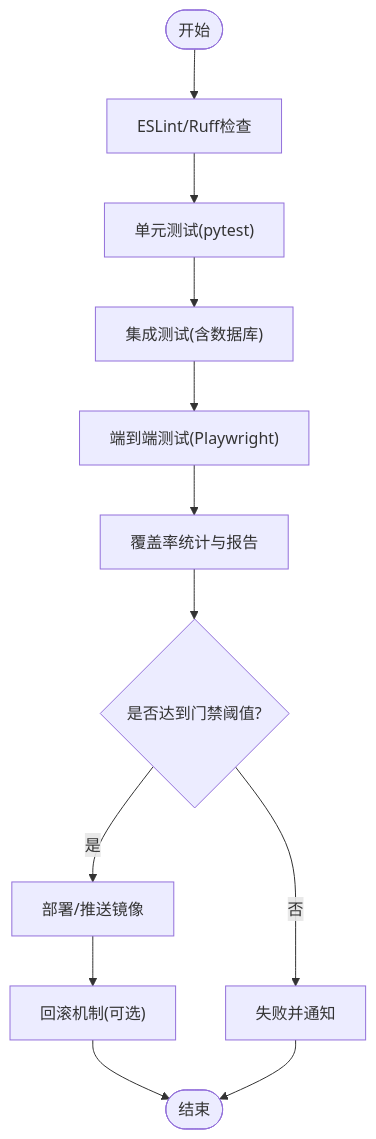
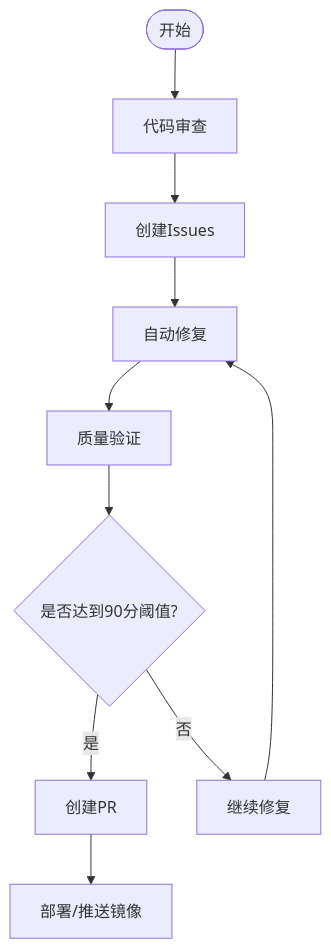
The fourth of 4 diagrams in .qoder/repowiki/zh/content/部署与运维/CI_CD持续集成流水线.md (xfbyxq/ai-novel-system), drawn with Mermaid before and after one commit. The commit also changed other lines of this file and 8 other files, not shown here.

````diff
--- a/.qoder/repowiki/zh/content/部署与运维/CI_CD持续集成流水线.md
+++ b/.qoder/repowiki/zh/content/部署与运维/CI_CD持续集成流水线.md
@@ -311,14 +360,12 @@
 ```mermaid
 flowchart TD
-Start(["开始"]) --> Lint["ESLint/Ruff检查"]
-Lint --> Unit["单元测试(pytest)"]
-Unit --> Integration["集成测试(含数据库)"]
-Integration --> E2E["端到端测试(Playwright)"]
-E2E --> Coverage["覆盖率统计与报告"]
-Coverage --> Gate{"是否达到门禁阈值?"}
-Gate --> |是| Deploy["部署/推送镜像"]
-Gate --> |否| Fail["失败并通知"]
-Deploy --> Rollback["回滚机制(可选)"]
-Rollback --> End(["结束"])
-Fail --> End
+Start(["开始"]) --> Review["代码审查"]
+Review --> Issues["创建Issues"]
+Issues --> AutoFix["自动修复"]
+AutoFix --> Verify["质量验证"]
+Verify --> Gate{"是否达到90分阈值?"}
+Gate --> |是| CreatePR["创建PR"]
+Gate --> |否| Continue["继续修复"]
+Continue --> AutoFix
+CreatePR --> Deploy["部署/推送镜像"]
 ```
````
